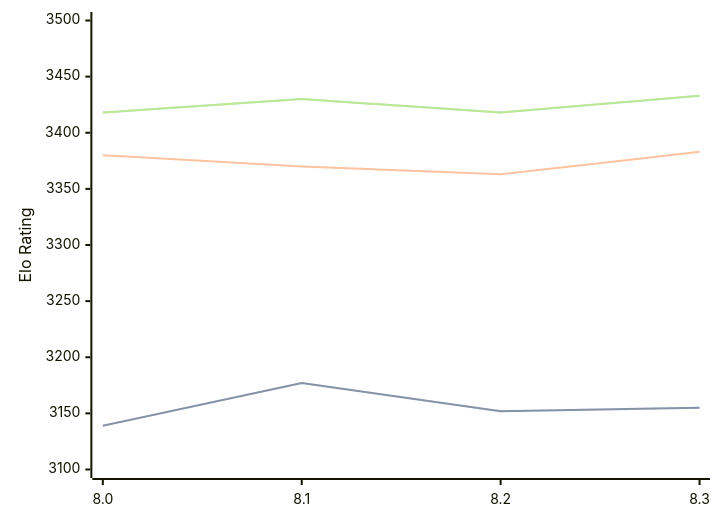
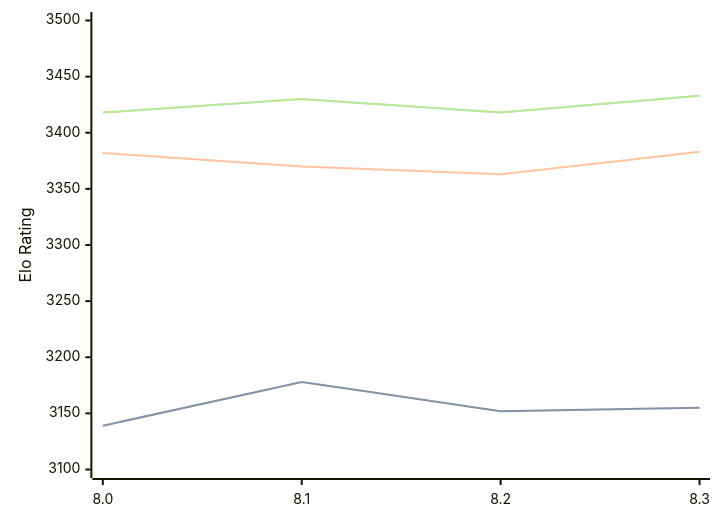
Before and after one commit to computer-chess-index/cci: the diagram in engines/Alexander.md, drawn with Mermaid. The commit also changed other lines of this file, not shown here.

````diff
--- a/engines/Alexander.md
+++ b/engines/Alexander.md
@@ -34,11 +34,11 @@
 ```mermaid
 %%{init: {"theme":"base","themeVariables":{"seriesColors:['#a3a3a3','#222221','#faa371']}}}%%
 xychart-beta
   x-axis ["8.0", "8.1", "8.2", "8.3"]
   y-axis "Elo Rating" 3100 --> 3500
-  line "" [3139, 3177, 3152, 3155]
-  line "STC (8.0+0.08s)" [3139, 3177, 3152, 3155]
-  line "LTC (60.0+0.60s)" [3380, 3370, 3363, 3383]
+  line "" [3139, 3178, 3152, 3155]
+  line "STC (8.0+0.08s)" [3139, 3178, 3152, 3155]
+  line "LTC (60.0+0.60s)" [3382, 3370, 3363, 3383]
   line "" [3418, 3430, 3418, 3433]
   line "VLTC (2m24s+1.12s)" [3418, 3430, 3418, 3433]
 ```
````
